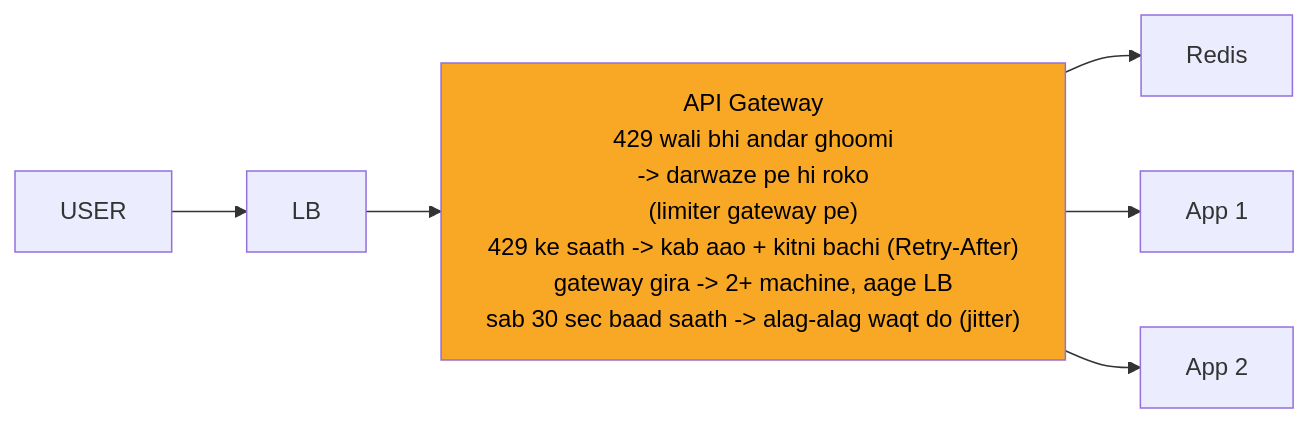
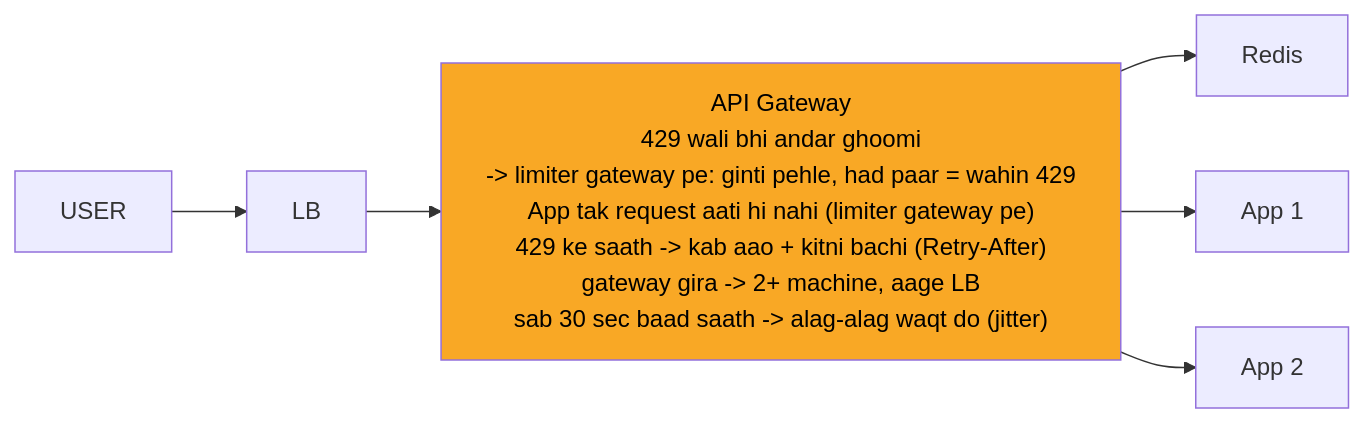
Before and after one commit to ArpanMaheshwari144/Prep: the fourth of 11 diagrams in 04_HLD/SYSTEM_DESIGNS/02_rate_limiter/02_rate_limiter.md, drawn with Mermaid. The commit also changed other lines of this file and 13 other files, not shown here.

````diff
--- a/04_HLD/SYSTEM_DESIGNS/02_rate_limiter/02_rate_limiter.md
+++ b/04_HLD/SYSTEM_DESIGNS/02_rate_limiter/02_rate_limiter.md
@@ -189,16 +189,16 @@
 ```mermaid
 %%{init: {"flowchart": {"wrappingWidth": 450}}}%%
 flowchart LR
     n_USER["USER"]
     n_LB["LB"]
-    n_API_Gateway["API Gateway<br/>429 wali bhi andar ghoomi<br/>-> darwaze pe hi roko<br/>(limiter gateway pe)<br/>429 ke saath -> kab aao + kitni bachi (Retry-After)<br/>gateway gira -> 2+ machine, aage LB<br/>sab 30 sec baad saath -> alag-alag waqt do (jitter)"]
+    n_API_Gateway["API Gateway<br/>429 wali bhi andar ghoomi<br/>-> limiter gateway pe: ginti pehle, had paar = wahin 429<br/>App tak request aati hi nahi (limiter gateway pe)<br/>429 ke saath -> kab aao + kitni bachi (Retry-After)<br/>gateway gira -> 2+ machine, aage LB<br/>sab 30 sec baad saath -> alag-alag waqt do (jitter)"]
     n_Redis["Redis"]
     n_App_x_N_1["App 1"]
     n_App_x_N_2["App 2"]
     n_USER --> n_LB
     n_LB --> n_API_Gateway
     n_API_Gateway --> n_Redis
     n_API_Gateway --> n_App_x_N_1
     n_API_Gateway --> n_App_x_N_2
     style n_API_Gateway fill:#f9a825,color:#000
 ```
````
